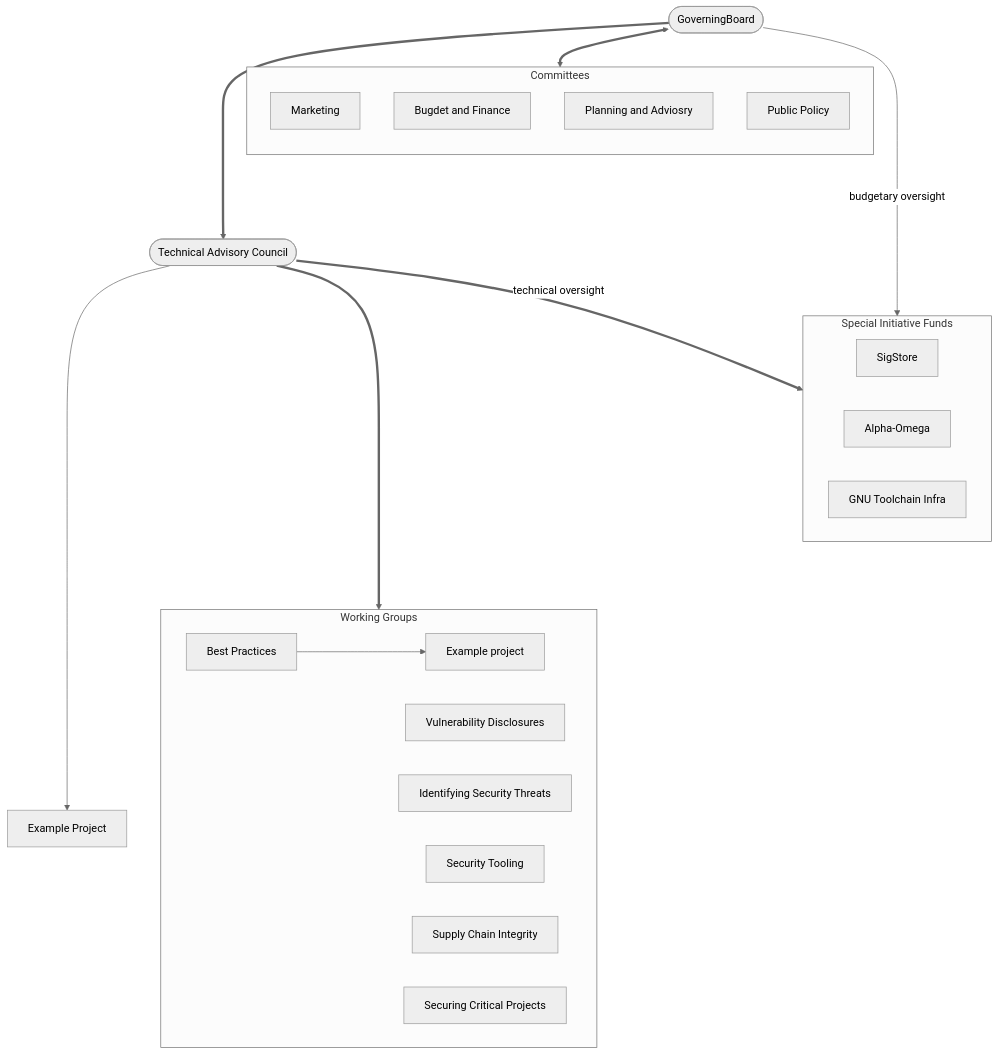
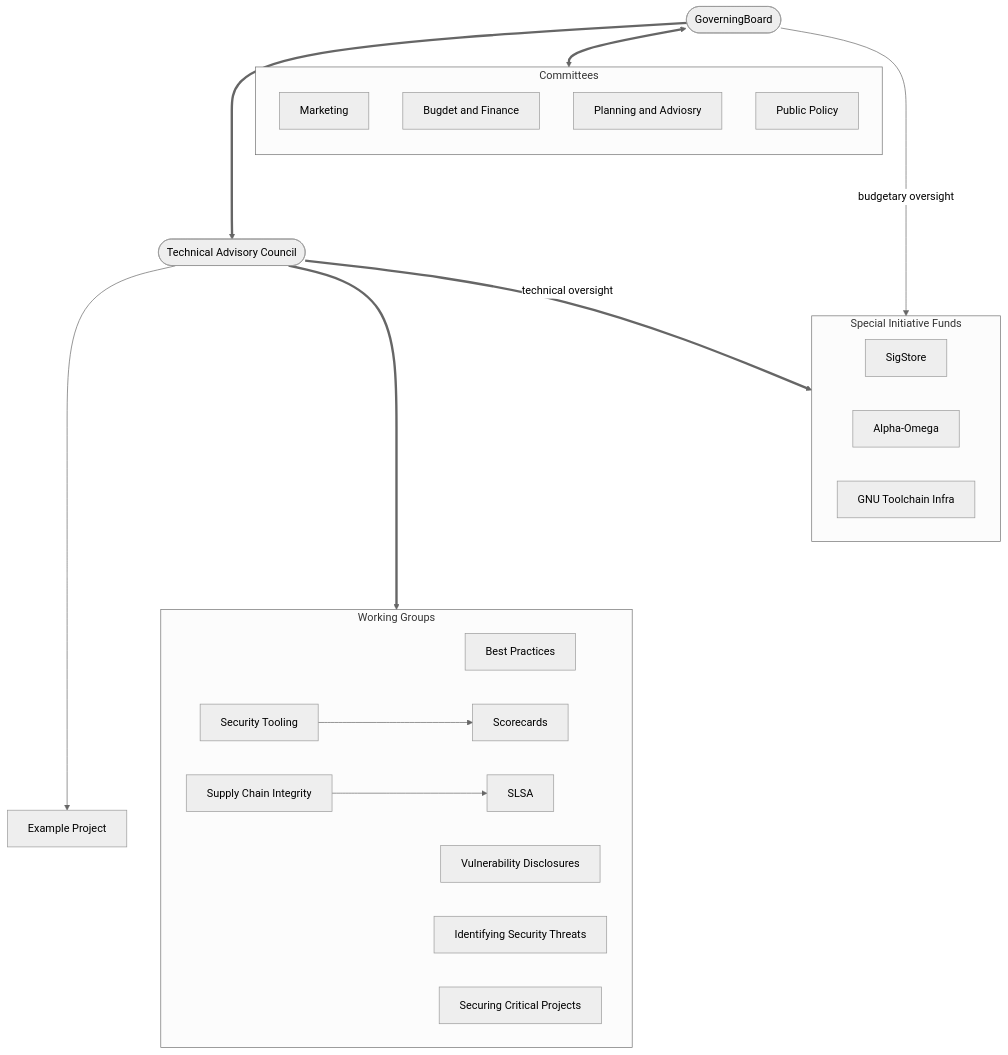
Before and after one commit to ossf/tac: the diagram in organizational-structure-overview.md, drawn with Mermaid (neutral theme). The commit also changed other lines of this file and 1 other file, not shown here.

````diff
--- a/organizational-structure-overview.md
+++ b/organizational-structure-overview.md
@@ -51,36 +51,37 @@
 ```mermaid
 flowchart TB
     A([GoverningBoard])
 
     subgraph subC[Committees]
         direction TB
         Market[Marketing]
         Budget[Bugdet and Finance]
         Plan[Planning and Adviosry]
         Policy[Public Policy]
     end
     A <==> subC
     A ====> B([Technical Advisory Council])
 
     subgraph subWG[Working Groups]
         BP[Best Practices]
         VD[Vulnerability Disclosures]
         IST[Identifying Security Threats]
         ST[Security Tooling]
         SCI[Supply Chain Integrity]
         SCP[Securing Critical Projects]
 
-        BP ---> P2[Example project]
+        ST ---> P2[Scorecards]
+        SCI ---> P3[SLSA]
     end
     B ====> subWG
 
     B ----> P1[Example Project]
 
     subgraph subSIF[Special Initiative Funds]
         ss[SigStore]
         ao[Alpha-Omega]
         gti[GNU Toolchain Infra]
     end
     B ==technical oversight==> subSIF
     A --budgetary oversight--> subSIF
 ```
````
